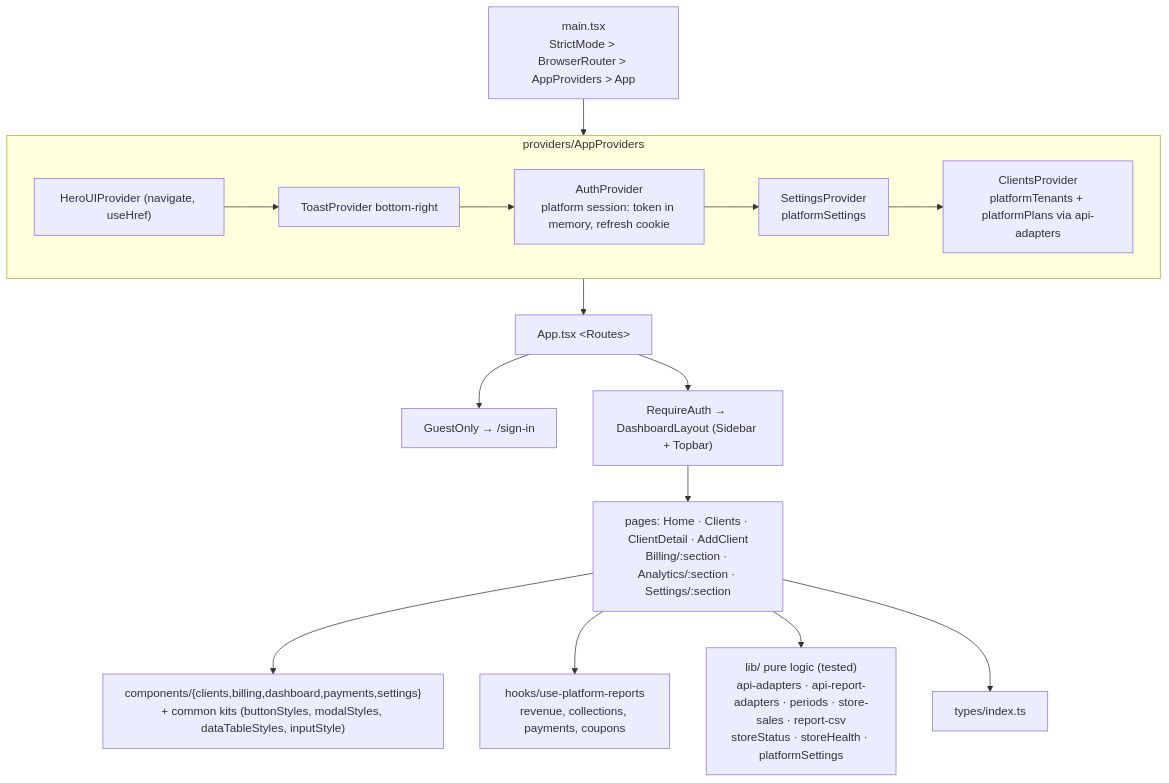
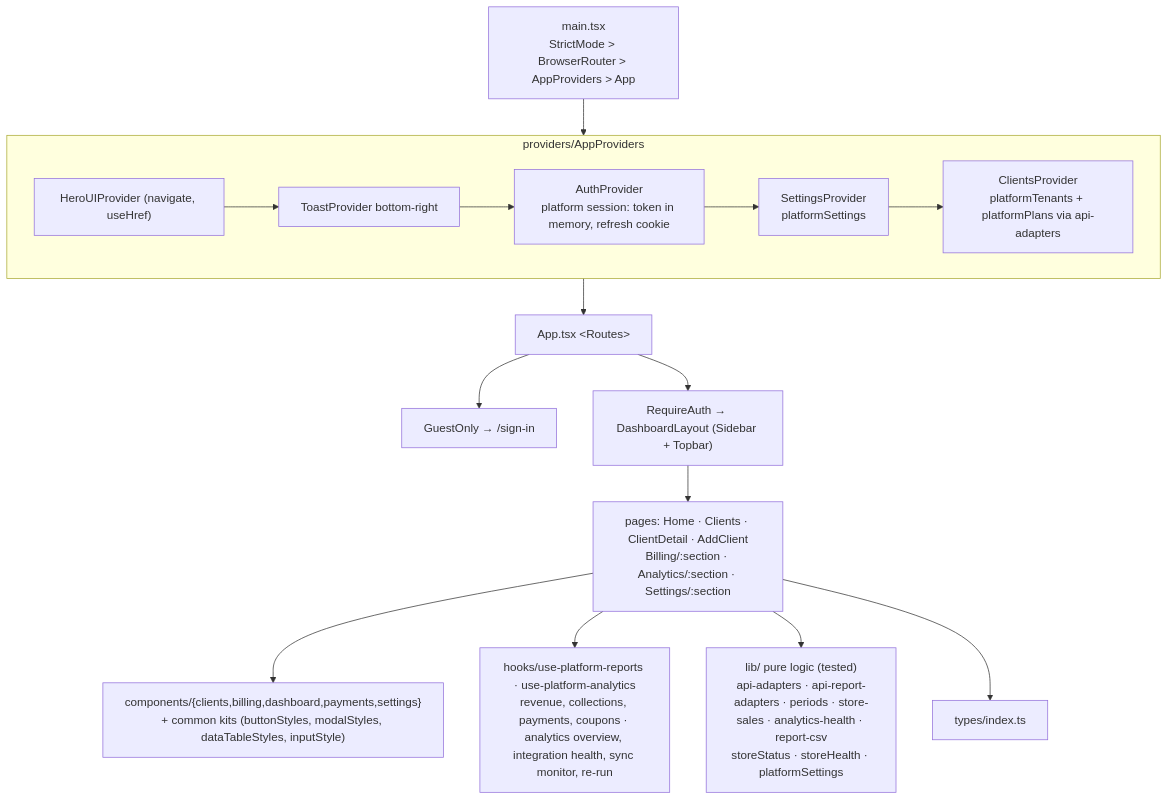
The second of 6 diagrams in docs/architecture/solution-architecture.md (Zerror-Studios/Zcommerce-super-admin), drawn with Mermaid before and after one commit. The commit also changed other lines of this file and 40 other files, not shown here.

````diff
--- a/docs/architecture/solution-architecture.md
+++ b/docs/architecture/solution-architecture.md
@@ -33,15 +33,15 @@
 ```mermaid
 flowchart TB
     MAIN["main.tsx<br/>StrictMode > BrowserRouter > AppProviders > App"] --> PROV
     subgraph PROV["providers/AppProviders"]
         HP["HeroUIProvider (navigate, useHref)"] --> TP["ToastProvider bottom-right"] --> AUP["AuthProvider<br/>platform session: token in memory, refresh cookie"] --> SP["SettingsProvider<br/>platformSettings"] --> CLP["ClientsProvider<br/>platformTenants + platformPlans via api-adapters"]
     end
     PROV --> APP["App.tsx &lt;Routes&gt;"]
     APP --> GO["GuestOnly → /sign-in"]
     APP --> RA["RequireAuth → DashboardLayout (Sidebar + Topbar)"]
     RA --> PG["pages: Home · Clients · ClientDetail · AddClient<br/>Billing/:section · Analytics/:section · Settings/:section"]
     PG --> CMP["components/{clients,billing,dashboard,payments,settings}<br/>+ common kits (buttonStyles, modalStyles, dataTableStyles, inputStyle)"]
-    PG --> HK["hooks/use-platform-reports<br/>revenue, collections, payments, coupons"]
-    PG --> LIB["lib/ pure logic (tested)<br/>api-adapters · api-report-adapters · periods · store-sales · report-csv<br/>storeStatus · storeHealth · platformSettings"]
+    PG --> HK["hooks/use-platform-reports · use-platform-analytics<br/>revenue, collections, payments, coupons · analytics overview, integration health, sync monitor, re-run"]
+    PG --> LIB["lib/ pure logic (tested)<br/>api-adapters · api-report-adapters · periods · store-sales · analytics-health · report-csv<br/>storeStatus · storeHealth · platformSettings"]
     PG --> TY["types/index.ts"]
 ```
````
